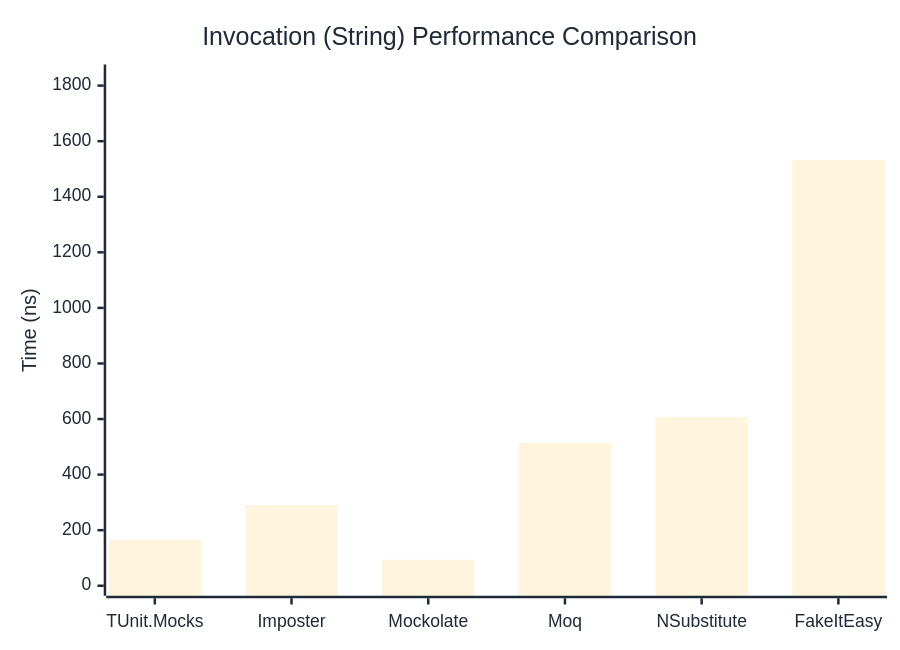
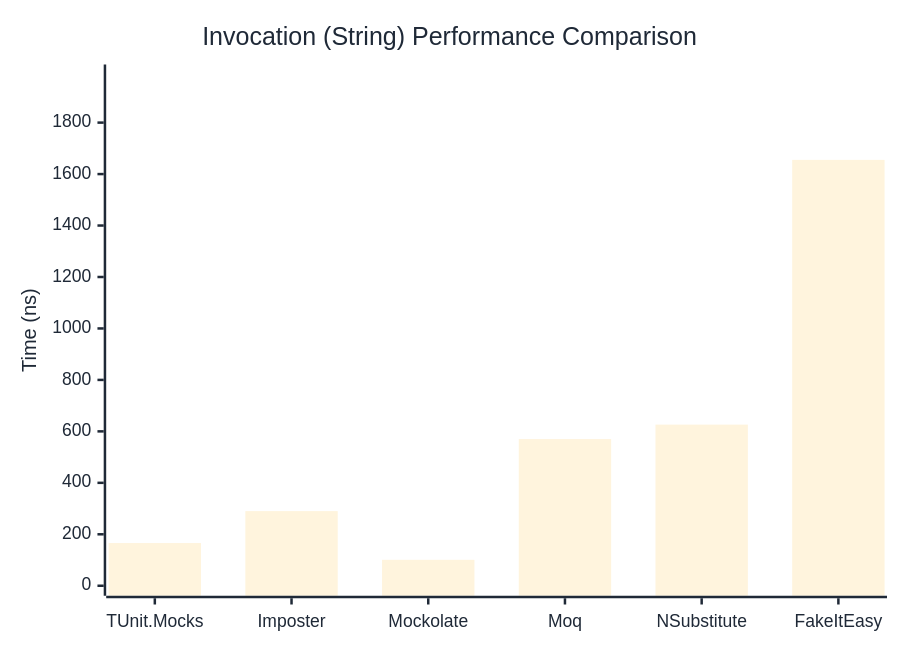
Before and after one commit to thomhurst/TUnit: the second of 3 diagrams in docs/docs/benchmarks/mocks/Invocation.md, drawn with Mermaid. The commit also changed other lines of this file and 14 other files, not shown here.

````diff
--- a/docs/docs/benchmarks/mocks/Invocation.md
+++ b/docs/docs/benchmarks/mocks/Invocation.md
@@ -71,27 +71,27 @@
 ```mermaid
 %%{init: {
   'theme':'base',
   'themeVariables': {
     'primaryColor': '#2563eb',
     'primaryTextColor': '#1f2937',
     'primaryBorderColor': '#1e40af',
     'lineColor': '#6b7280',
     'secondaryColor': '#7c3aed',
     'tertiaryColor': '#dc2626',
     'background': '#ffffff',
     'pie1': '#2563eb',
     'pie2': '#7c3aed',
     'pie3': '#dc2626',
     'pie4': '#f59e0b',
     'pie5': '#10b981',
     'pie6': '#06b6d4',
     'pie7': '#ec4899',
     'pie8': '#6366f1'
   }
 }}%%
 xychart-beta
   title "Invocation (String) Performance Comparison"
   x-axis ["TUnit.Mocks", "Imposter", "Mockolate", "Moq", "NSubstitute", "FakeItEasy"]
-  y-axis "Time (ns)" 0 --> 1840
-  bar [164.34, 290.64, 93.38, 515.06, 607.99, 1532.6]
+  y-axis "Time (ns)" 0 --> 1987
+  bar [166, 290.1, 100.8, 570.1, 626.3, 1655.2]
 ```
````
